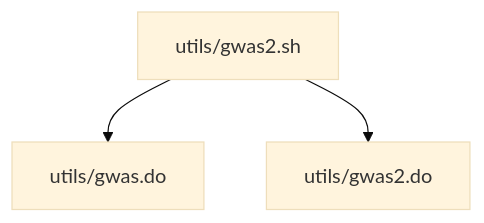
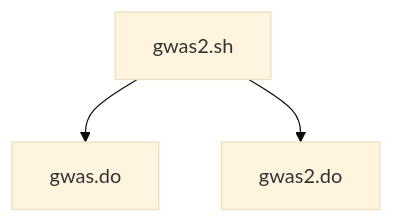
The diagram in docs/gwas2.md (jinghuazhao/Caprion), drawn with Mermaid (base theme) before and after one commit. The commit also changed other lines of this file and 2 other files, not shown here.

````diff
--- a/docs/gwas2.md
+++ b/docs/gwas2.md
@@ -4,5 +5,5 @@
 ```mermaid
 graph TB;
-utils/gwas2.sh --> utils/gwas.do
-utils/gwas2.sh --> utils/gwas2.do
+gwas2.sh --> gwas.do
+gwas2.sh --> gwas2.do
 ```
````
